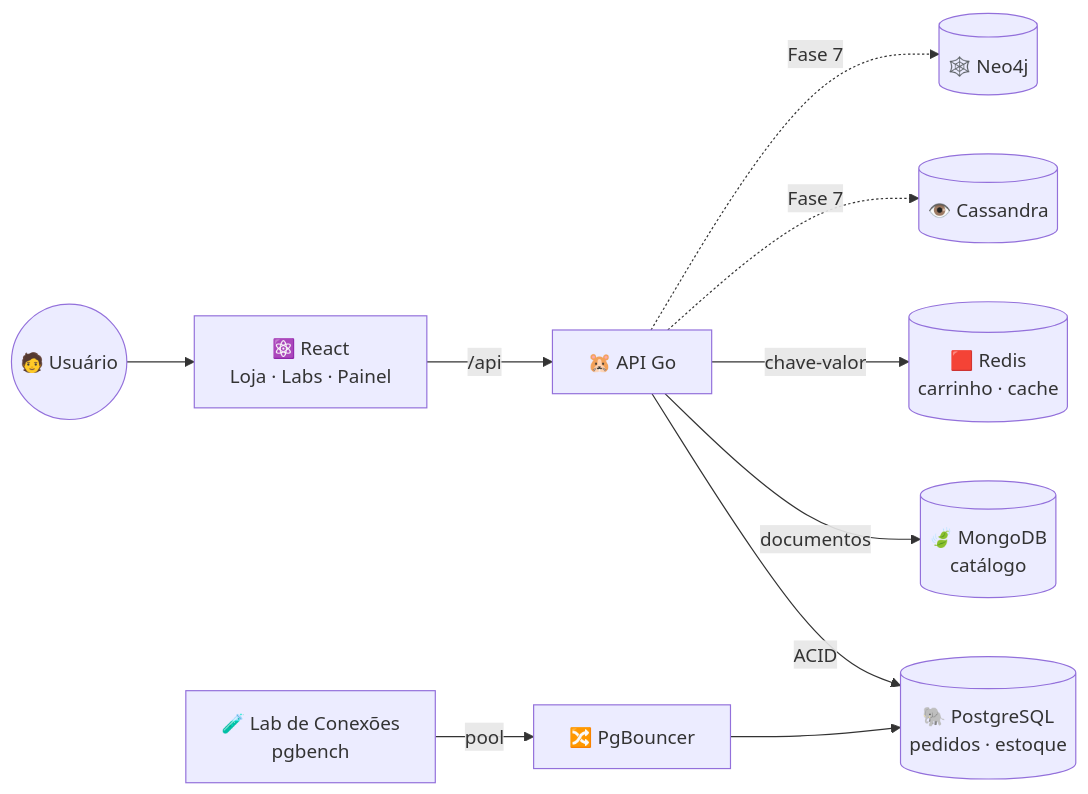
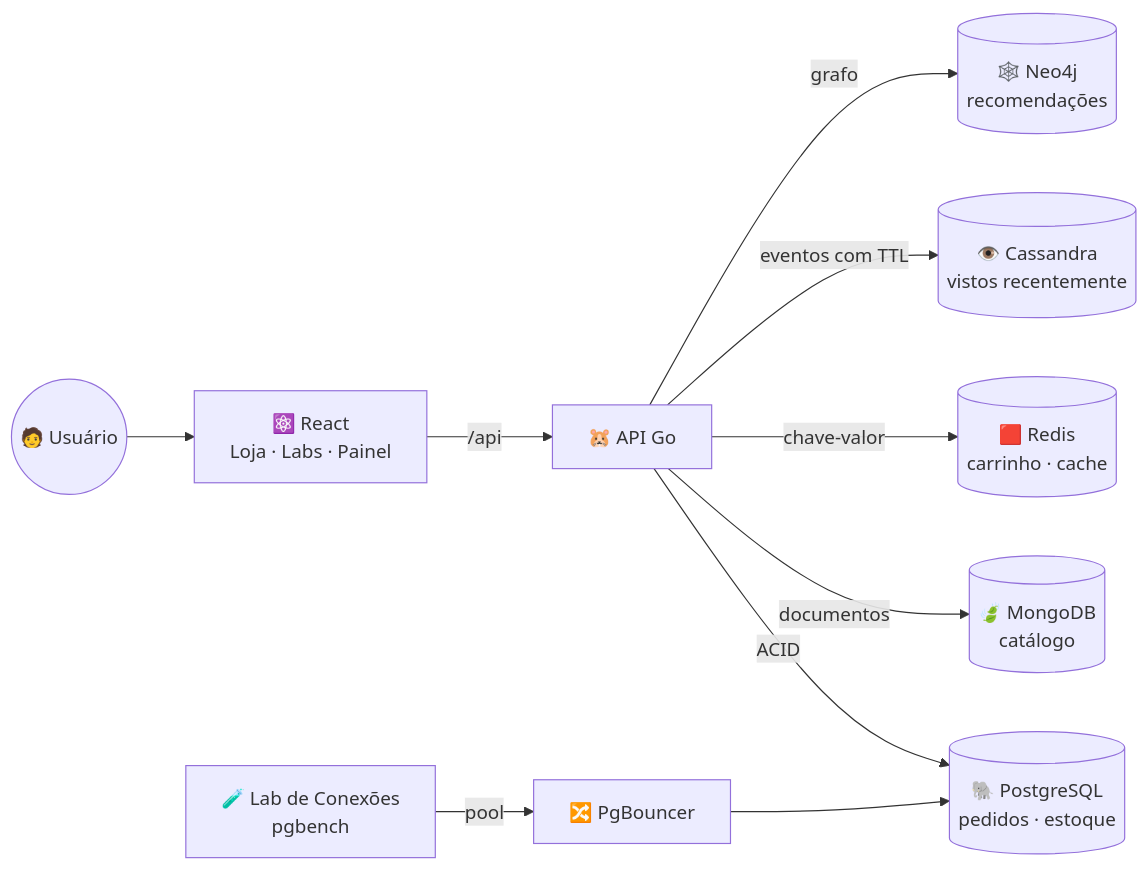
The diagram in README.md (caetasousa/lagGo), drawn with Mermaid before and after one commit. The commit also changed other lines of this file and 6 other files, not shown here.

````diff
--- a/README.md
+++ b/README.md
@@ -85,11 +86,11 @@
 ```mermaid
 flowchart LR
     U(("🧑 Usuário")) --> F["⚛️ React<br/>Loja · Labs · Painel"]
     F -- "/api" --> A["🐹 API Go"]
     A -- "ACID" --> PG[("🐘 PostgreSQL<br/>pedidos · estoque")]
     L["🧪 Lab de Conexões<br/>pgbench"] -- "pool" --> B["🔀 PgBouncer"] --> PG
     A -- "documentos" --> MG[("🍃 MongoDB<br/>catálogo")]
     A -- "chave-valor" --> RD[("🟥 Redis<br/>carrinho · cache")]
-    A -. "Fase 7" .-> CS[("👁️ Cassandra")]
-    A -. "Fase 7" .-> N4[("🕸️ Neo4j")]
+    A -- "eventos com TTL" --> CS[("👁️ Cassandra<br/>vistos recentemente")]
+    A -- "grafo" --> N4[("🕸️ Neo4j<br/>recomendações")]
 ```
````
